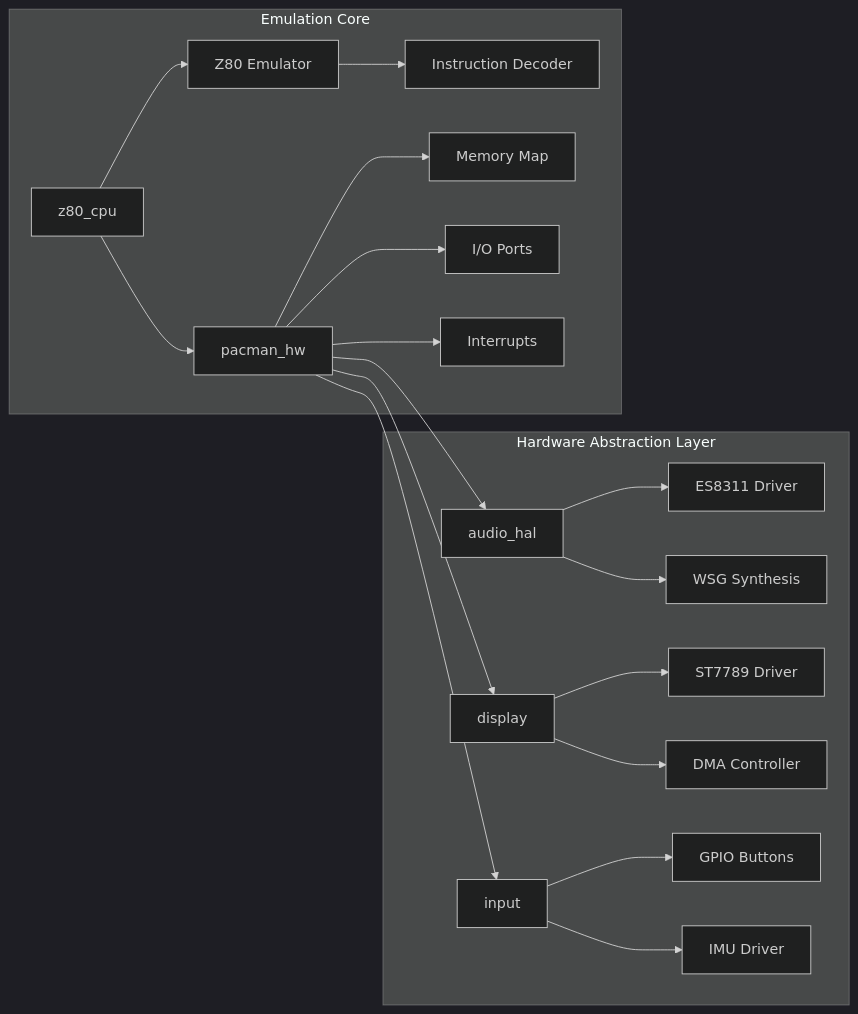
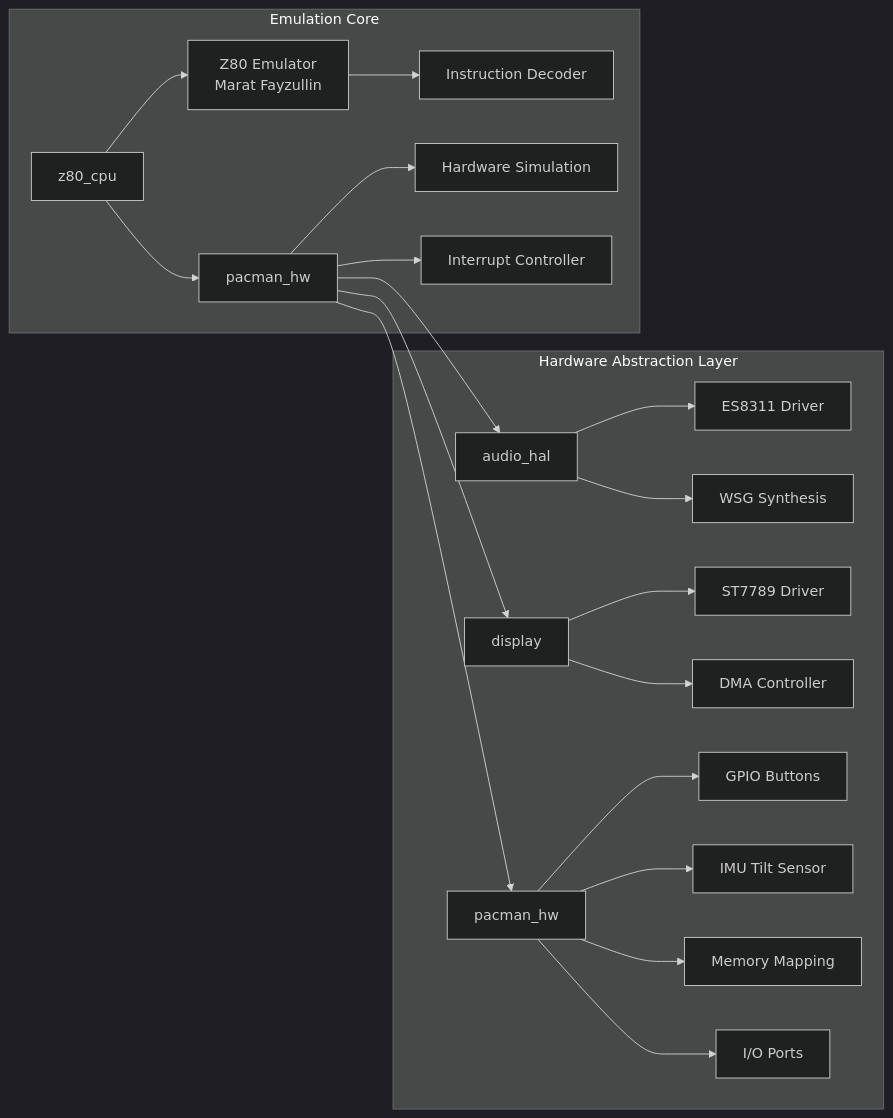
Before and after one commit to aedile/PELLETINO: the second of 4 diagrams in README.md, drawn with Mermaid (dark theme). The commit also changed other lines of this file and 15 other files, not shown here.

````diff
--- a/README.md
+++ b/README.md
@@ -158,27 +167,28 @@
 ```mermaid
 graph LR
     subgraph "Hardware Abstraction Layer"
         A[audio_hal] --> A1[ES8311 Driver]
         A --> A2[WSG Synthesis]
         
         B[display] --> B1[ST7789 Driver]
         B --> B2[DMA Controller]
         
-        C[input] --> C1[GPIO Buttons]
-        C --> C2[IMU Driver]
+        C[pacman_hw] --> C1[GPIO Buttons]
+        C --> C2[IMU Tilt Sensor]
+        C --> C3[Memory Mapping]
+        C --> C4[I/O Ports]
     end
     
     subgraph "Emulation Core"
-        D[z80_cpu] --> D1[Z80 Emulator]
+        D[z80_cpu] --> D1[Z80 Emulator<br/>Marat Fayzullin]
         D1 --> D2[Instruction Decoder]
         
-        E[pacman_hw] --> E1[Memory Map]
-        E --> E2[I/O Ports]
-        E --> E3[Interrupts]
+        E[pacman_hw] --> E1[Hardware Simulation]
+        E --> E2[Interrupt Controller]
     end
     
     D --> E
     E --> A
     E --> B
     E --> C
 ```
````
